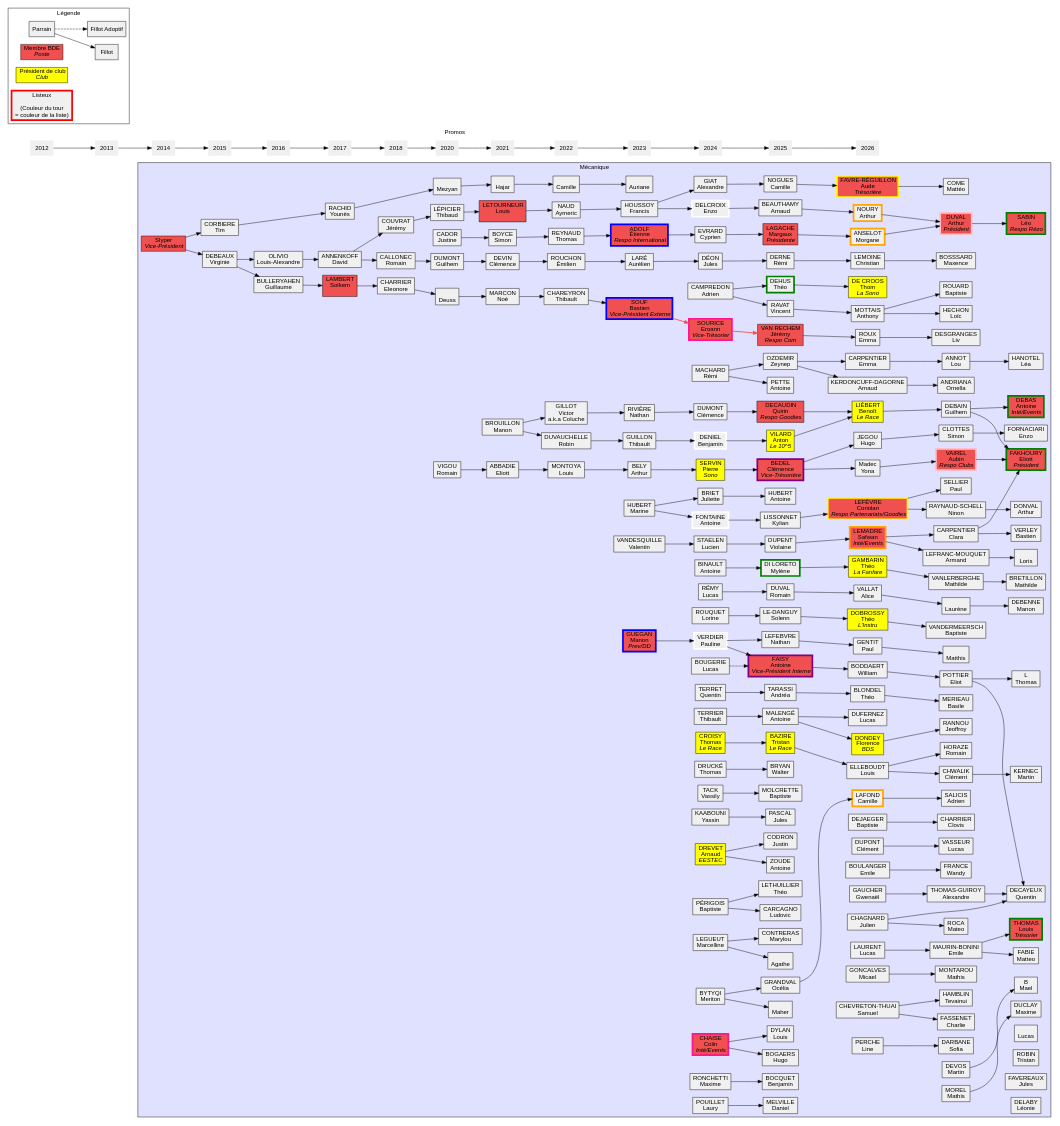
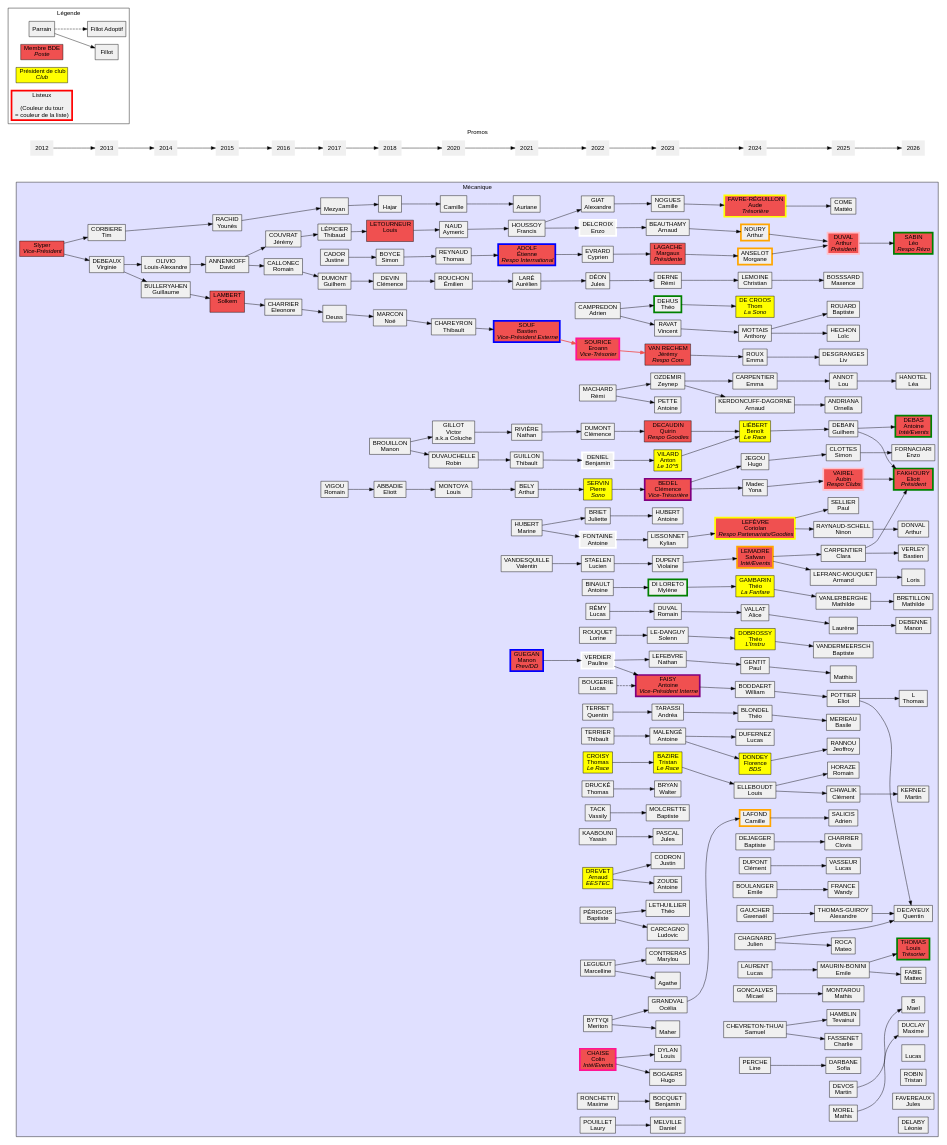
One commit to Scruchet/poly_gen changed the diagram in meca.dot. Above: the diagram before and after it, drawn with Graphviz. The commit also changed 7 other files, not shown here.

```diff
--- a/meca.dot
+++ b/meca.dot
@@ -465,5 +465,5 @@
 	endnode [style=invis];
 
 	emmacarp -> endnode [style=invis];
-	"2026" -> endnode [style=invis];
+	"2024" -> endnode [style=invis];
 }
```
